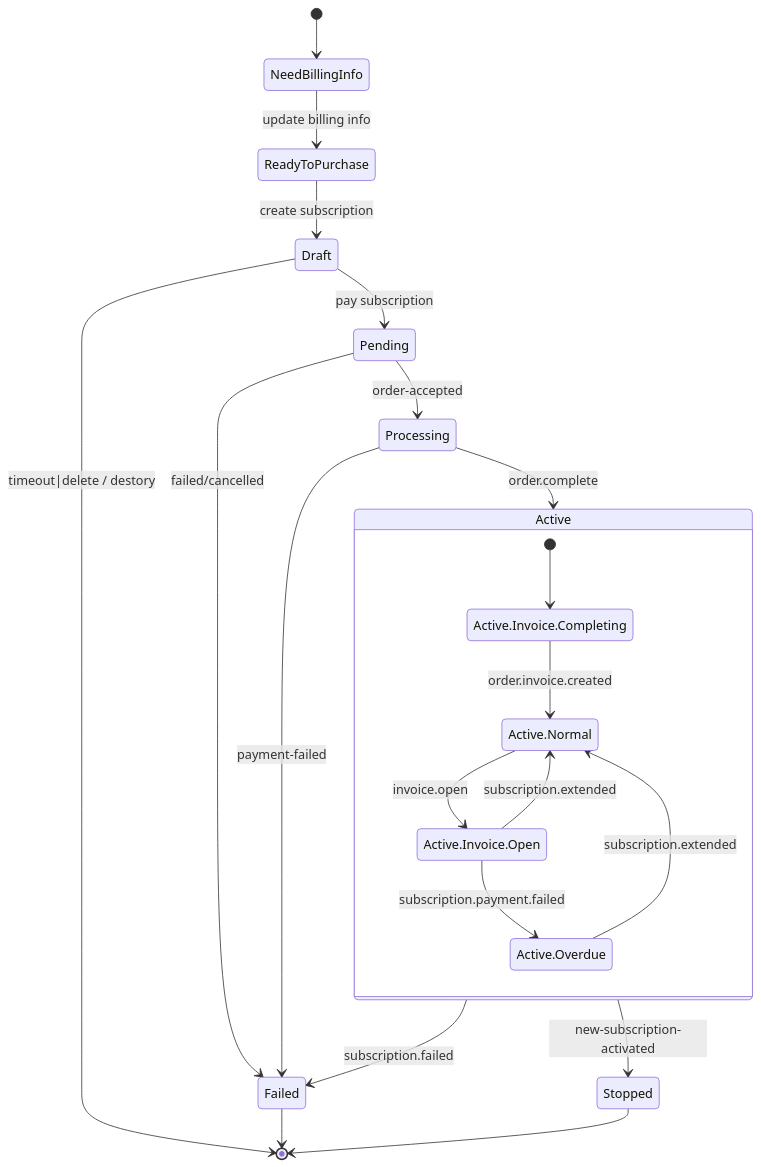
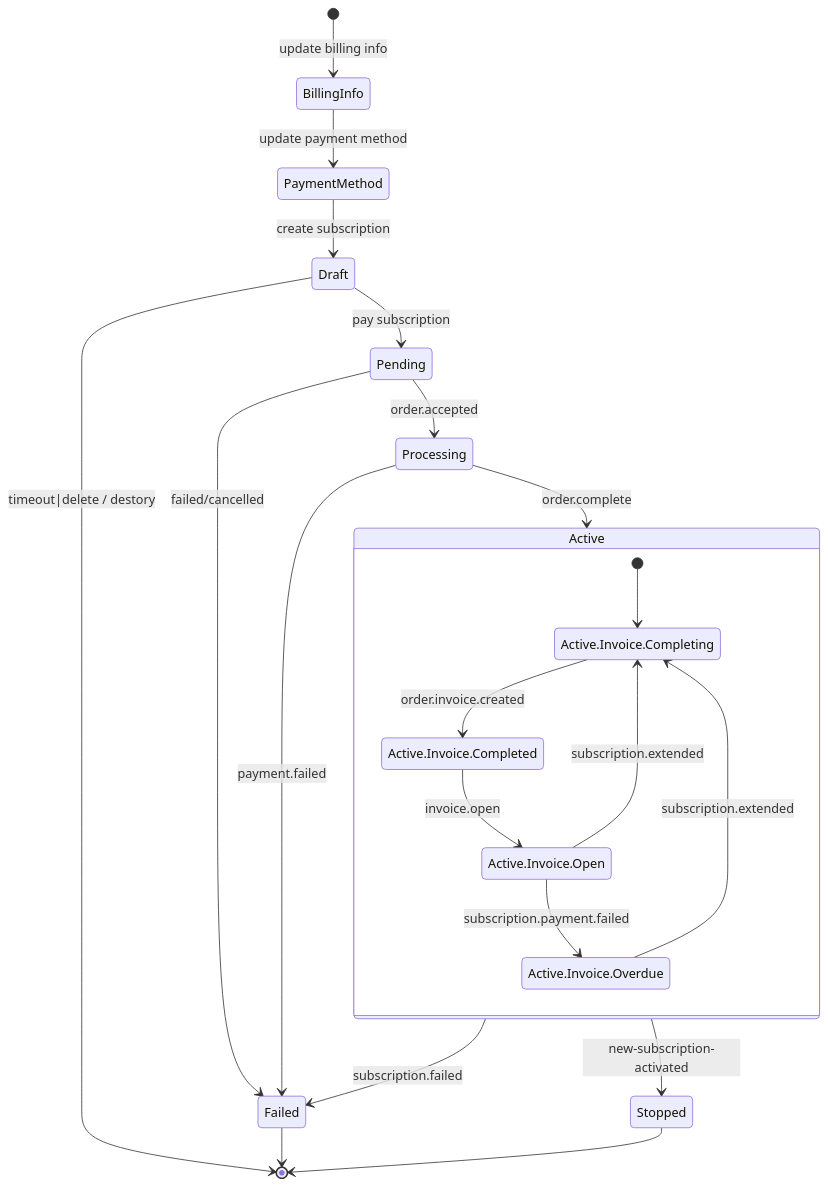
One commit to tigerbook73/siser-backend changed the diagram in tests/DR/dr-test.md. Above: the diagram before and after it, drawn with Mermaid. The commit also changed 11 other files, not shown here.

````diff
--- a/tests/DR/dr-test.md
+++ b/tests/DR/dr-test.md
@@ -5,41 +5,41 @@
 ```mermaid
 stateDiagram-v2
   [*]
-  [*]           --> NeedBillingInfo
+  [*]                       --> BillingInfo               : update billing info
 
-  NeedBillingInfo
-  NeedBillingInfo   --> ReadyToPurchase       : update billing info
+  BillingInfo
+  BillingInfo               --> PaymentMethod             : update payment method
 
-  ReadyToPurchase
-  ReadyToPurchase   --> Draft     : create subscription
+  PaymentMethod
+  PaymentMethod             --> Draft                     : create subscription
 
   
   Draft
-  Draft   --> Pending             : pay subscription
-  Draft   --> [*]                 : timeout|delete / destory
+  Draft                     --> Pending                   : pay subscription
+  Draft                     --> [*]                       : timeout|delete / destory
   
   Pending
-  Pending       --> Processing    : order-accepted
-  Pending       --> Failed        : failed/cancelled
+  Pending                   --> Processing                : order.accepted
+  Pending                   --> Failed                    : failed/cancelled
 
   Processing
-  Processing    --> Active        : order.complete
-  Processing    --> Failed        : payment-failed 
+  Processing                --> Active                    : order.complete
+  Processing                --> Failed                    : payment.failed 
 
   state Active {
-  [*]                         --> Active.Invoice.Completing
-  Active.Invoice.Completing   --> Active.Normal               : order.invoice.created
-  Active.Normal               --> Active.Invoice.Open         : invoice.open
-  Active.Invoice.Open         --> Active.Overdue              : subscription.payment.failed
-  Active.Invoice.Open         --> Active.Normal               : subscription.extended
-  Active.Overdue              --> Active.Normal               : subscription.extended
+  [*]                       --> Active.Invoice.Completing
+  Active.Invoice.Completing --> Active.Invoice.Completed  : order.invoice.created
+  Active.Invoice.Completed  --> Active.Invoice.Open       : invoice.open
+  Active.Invoice.Open       --> Active.Invoice.Overdue    : subscription.payment.failed
+  Active.Invoice.Open       --> Active.Invoice.Completing : subscription.extended
+  Active.Invoice.Overdue    --> Active.Invoice.Completing : subscription.extended
   }
-  Active        --> Stopped       : new-subscription-activated
-  Active        --> Failed        : subscription.failed
+  Active                    --> Stopped                   : new-subscription-activated
+  Active                    --> Failed                    : subscription.failed
 
   Failed
-  Failed        --> [*]
+  Failed                    --> [*]
 
   Stopped
-  Stopped     --> [*]
+  Stopped                   --> [*]
 ```
````
